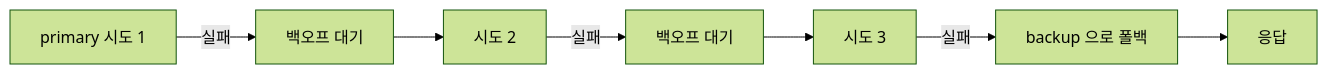
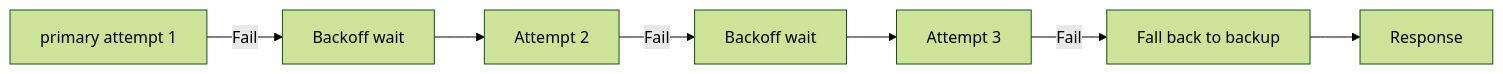
The first of 2 diagrams in README.md (LeeGyeongPil/ai-lab-llm-gateway), drawn with Mermaid (forest theme) before and after one commit. The commit also changed other lines of this file and 2 other files, not shown here.

````diff
--- a/README.md
+++ b/README.md
@@ -82,9 +85,9 @@
 ```mermaid
 flowchart LR
-    A["primary 시도 1"] -->|실패| W1["백오프 대기"]
-    W1 --> B["시도 2"]
-    B -->|실패| W2["백오프 대기"]
-    W2 --> C["시도 3"]
-    C -->|실패| F["backup 으로 폴백"]
-    F --> OK["응답"]
+    A["primary attempt 1"] -->|Fail| W1["Backoff wait"]
+    W1 --> B["Attempt 2"]
+    B -->|Fail| W2["Backoff wait"]
+    W2 --> C["Attempt 3"]
+    C -->|Fail| F["Fall back to backup"]
+    F --> OK["Response"]
 ```
````
